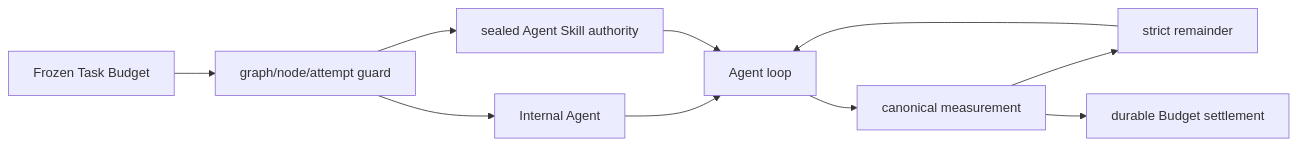
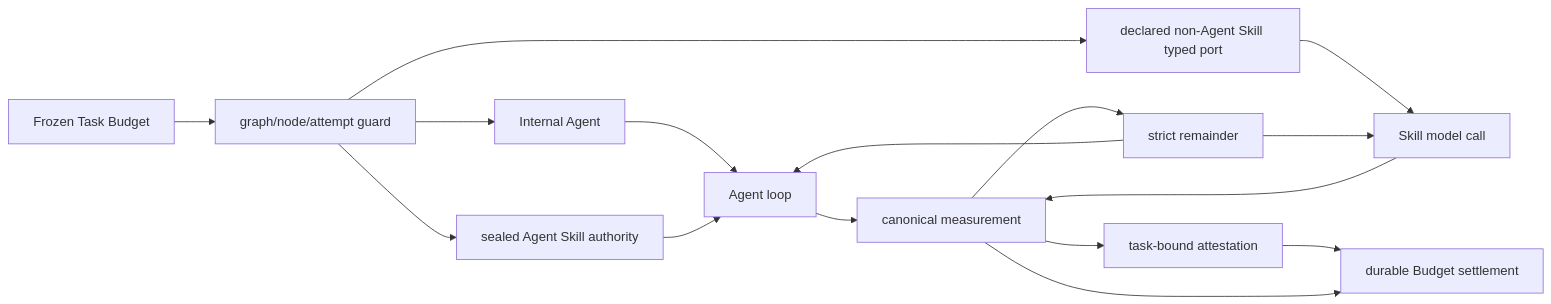
One commit to SakuraYoruno/Natsume_Ai changed the fourth of 5 diagrams in docs/50_project/arch/diagrams/04_executive_layers.md. Above: the diagram before and after it, drawn with Mermaid. The commit also changed other lines of this file and 22 other files, not shown here.

````diff
--- a/docs/50_project/arch/diagrams/04_executive_layers.md
+++ b/docs/50_project/arch/diagrams/04_executive_layers.md
@@ -100,12 +100,18 @@
 ```mermaid
 flowchart LR
     B["Frozen Task Budget"] --> G["graph/node/attempt guard"]
     G --> I["Internal Agent"]
     G --> S["sealed Agent Skill authority"]
+    G --> NS["declared non-Agent Skill typed port"]
     I --> A["Agent loop"]
     S --> A
+    NS --> SM["Skill model call"]
     A --> M["canonical measurement"]
+    SM --> M
     M --> R["strict remainder"]
     R --> A
+    R --> SM
+    M --> AT["task-bound attestation"]
+    AT --> D
     M --> D["durable Budget settlement"]
 ```
````
